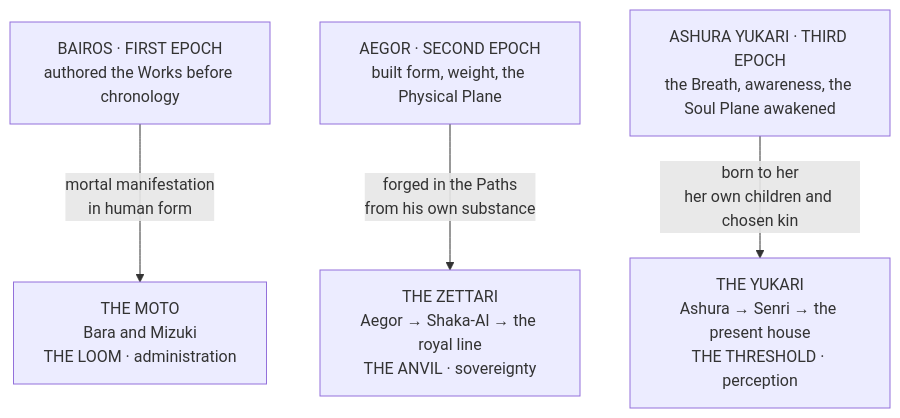
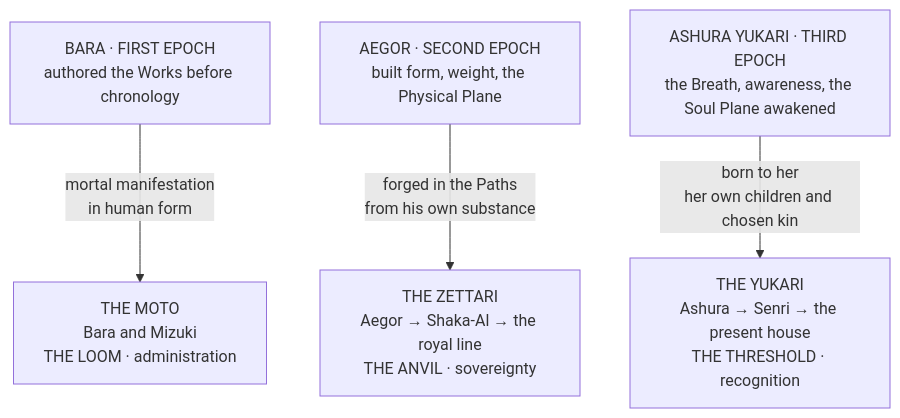
The diagram in wiki/Factions, Bloodlines & Institutions/Houses and Bloodlines/The Archaic Bloodlines/The Archaic Bloodlines.md (vispotvision/wotr-rule-index), drawn with Mermaid before and after one commit. The commit also changed other lines of this file and 188 other files, not shown here.

````diff
--- a/wiki/Factions, Bloodlines & Institutions/Houses and Bloodlines/The Archaic Bloodlines/The Archaic Bloodlines.md
+++ b/wiki/Factions, Bloodlines & Institutions/Houses and Bloodlines/The Archaic Bloodlines/The Archaic Bloodlines.md
@@ -26,9 +59,9 @@
 ```mermaid
 flowchart TD
-    B["BAIROS · FIRST EPOCH<br>authored the Works before chronology"]
+    B["BARA · FIRST EPOCH<br>authored the Works before chronology"]
     A["AEGOR · SECOND EPOCH<br>built form, weight, the Physical Plane"]
     AS["ASHURA YUKARI · THIRD EPOCH<br>the Breath, awareness, the Soul Plane awakened"]
     B -->|"mortal manifestation<br>in human form"| M["THE MOTO<br>Bara and Mizuki<br>THE LOOM · administration"]
     A -->|"forged in the Paths<br>from his own substance"| Z["THE ZETTARI<br>Aegor → Shaka-Al → the royal line<br>THE ANVIL · sovereignty"]
-    AS -->|"born to her<br>her own children and chosen kin"| Y["THE YUKARI<br>Ashura → Senri → the present house<br>THE THRESHOLD · perception"]
+    AS -->|"born to her<br>her own children and chosen kin"| Y["THE YUKARI<br>Ashura → Senri → the present house<br>THE THRESHOLD · recognition"]
 ```
````
